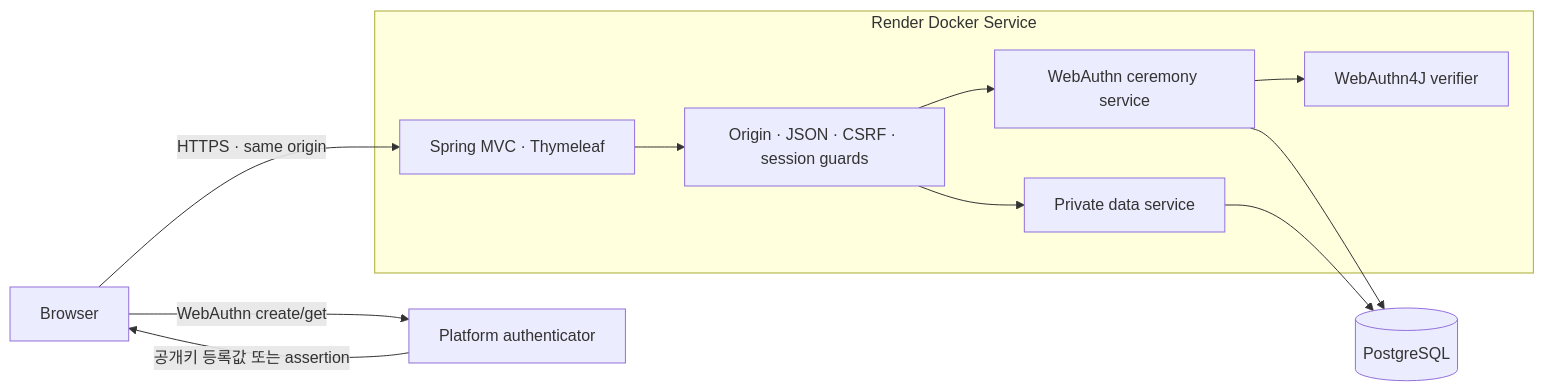
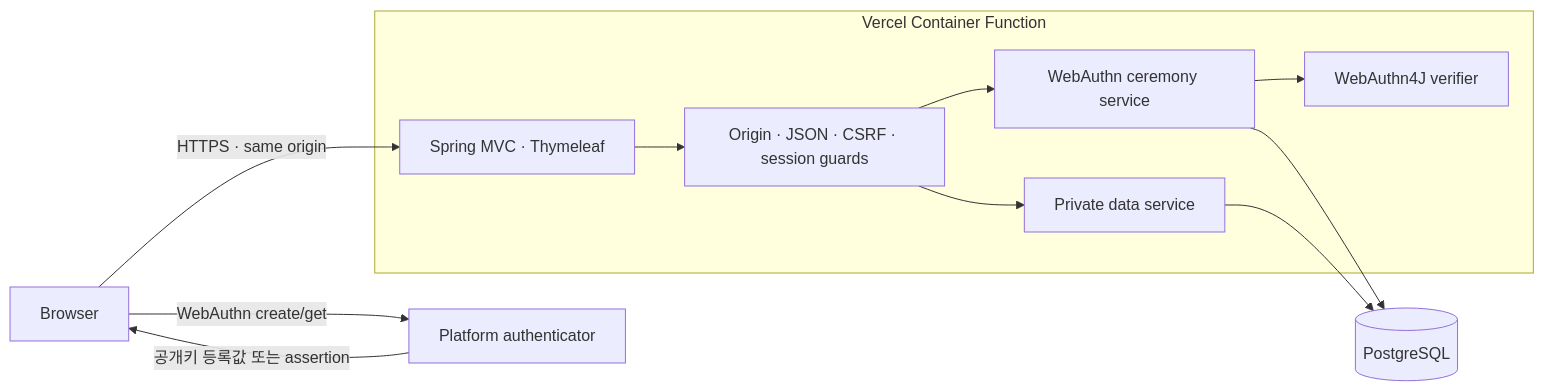
One commit to myeongjundev/t08-passkey-portfolio changed the diagram in docs/T08-ARCHITECTURE.md. Above: the diagram before and after it, drawn with Mermaid. The commit also changed other lines of this file and 19 other files, not shown here.

````diff
--- a/docs/T08-ARCHITECTURE.md
+++ b/docs/T08-ARCHITECTURE.md
@@ -82,20 +82,20 @@
 ```mermaid
 flowchart LR
     B[Browser] -->|HTTPS · same origin| MVC[Spring MVC · Thymeleaf]
     B -->|WebAuthn create/get| A[Platform authenticator]
     A -->|공개키 등록값 또는 assertion| B
     MVC --> G[Origin · JSON · CSRF · session guards]
     G --> W[WebAuthn ceremony service]
     G --> P[Private data service]
     W --> V[WebAuthn4J verifier]
     W --> DB[(PostgreSQL)]
     P --> DB
 
-    subgraph Render Docker Service
+    subgraph Vercel Container Function
       MVC
       G
       W
       V
       P
     end
 ```
````
